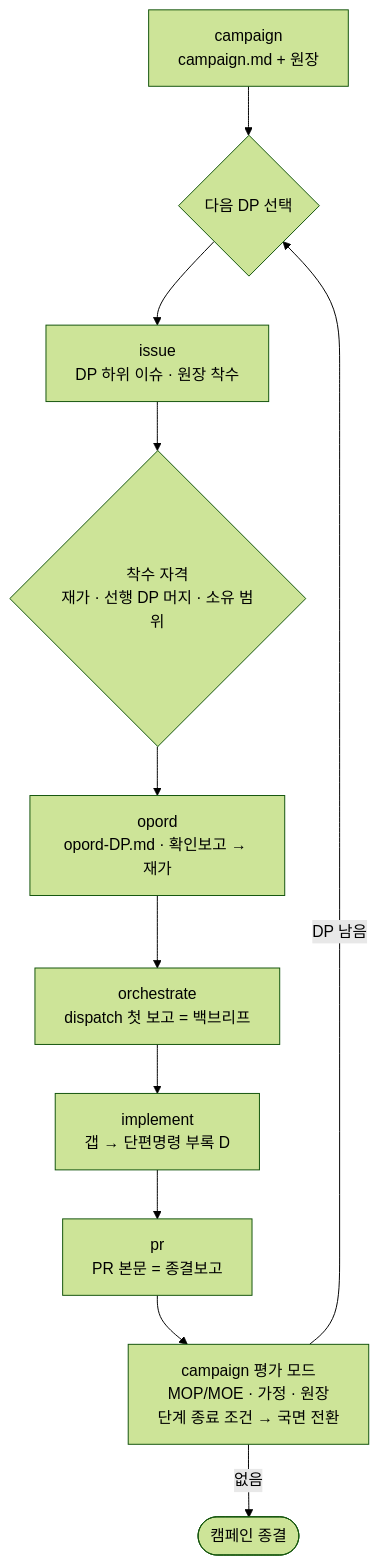
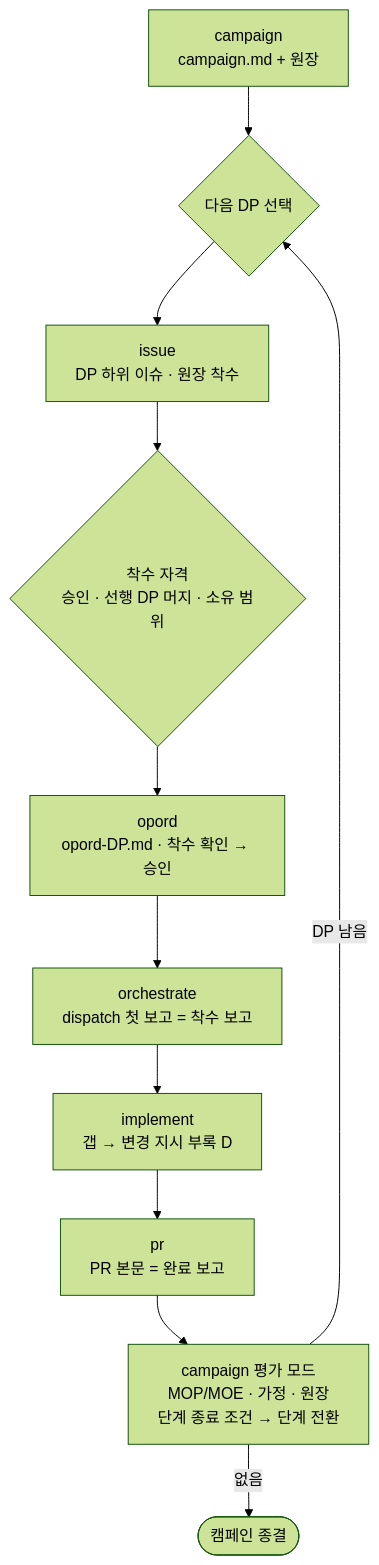
One commit to sudopark/TodoCalendar changed the diagram in .claude/skills/campaign/SKILL.md. Above: the diagram before and after it, drawn with Mermaid (forest theme). The commit also changed other lines of this file and 26 other files, not shown here.

````diff
--- a/.claude/skills/campaign/SKILL.md
+++ b/.claude/skills/campaign/SKILL.md
@@ -19,13 +19,13 @@
 ```mermaid
 flowchart TD
     C[campaign<br/>campaign.md + 원장] --> D{다음 DP 선택}
     D --> DI[issue<br/>DP 하위 이슈 · 원장 착수]
-    DI --> Q{착수 자격<br/>재가 · 선행 DP 머지 · 소유 범위}
-    Q --> O[opord<br/>opord-DP.md · 확인보고 → 재가]
-    O --> X[orchestrate<br/>dispatch 첫 보고 = 백브리프]
-    X --> I[implement<br/>갭 → 단편명령 부록 D]
-    I --> P[pr<br/>PR 본문 = 종결보고]
-    P --> V[campaign 평가 모드<br/>MOP/MOE · 가정 · 원장<br/>단계 종료 조건 → 국면 전환]
+    DI --> Q{착수 자격<br/>승인 · 선행 DP 머지 · 소유 범위}
+    Q --> O[opord<br/>opord-DP.md · 착수 확인 → 승인]
+    O --> X[orchestrate<br/>dispatch 첫 보고 = 착수 보고]
+    X --> I[implement<br/>갭 → 변경 지시 부록 D]
+    I --> P[pr<br/>PR 본문 = 완료 보고]
+    P --> V[campaign 평가 모드<br/>MOP/MOE · 가정 · 원장<br/>단계 종료 조건 → 단계 전환]
     V -->|DP 남음| D
     V -->|없음| END([캠페인 종결])
 ```
````
